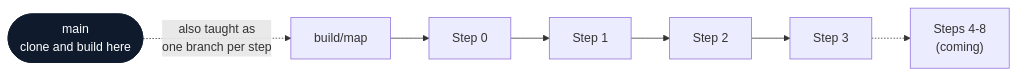
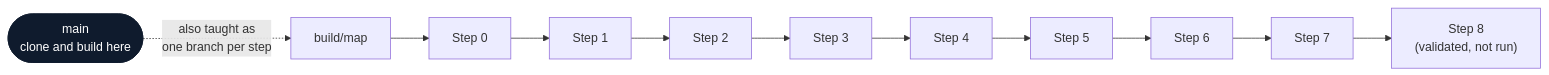
One commit to capchitts/crossexam-project changed the diagram in README.md. Above: the diagram before and after it, drawn with Mermaid.

Commit message:
README: the branch-per-step road now shows all eight steps, not "coming" [skip ci]

````diff
--- a/README.md
+++ b/README.md
@@ -13,6 +13,6 @@
 ```mermaid
 graph LR
     MAIN(["main<br/>clone and build here"]) -.->|"also taught as<br/>one branch per step"| MAP["build/map"]
-    MAP --> S0[Step 0] --> S1[Step 1] --> S2[Step 2] --> S3[Step 3] -.-> S48["Steps 4-8<br/>(coming)"]
+    MAP --> S0[Step 0] --> S1[Step 1] --> S2[Step 2] --> S3[Step 3] --> S4[Step 4] --> S5[Step 5] --> S6[Step 6] --> S7[Step 7] --> S8["Step 8<br/>(validated, not run)"]
     style MAIN fill:#0F1B2D,stroke:#0F1B2D,color:#fff
 ```
````
